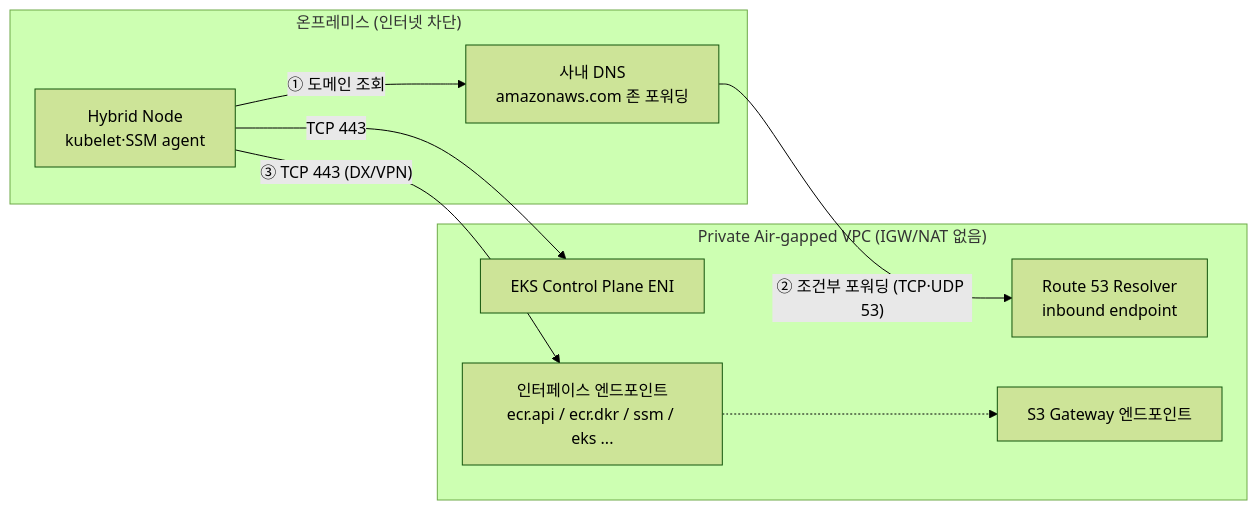
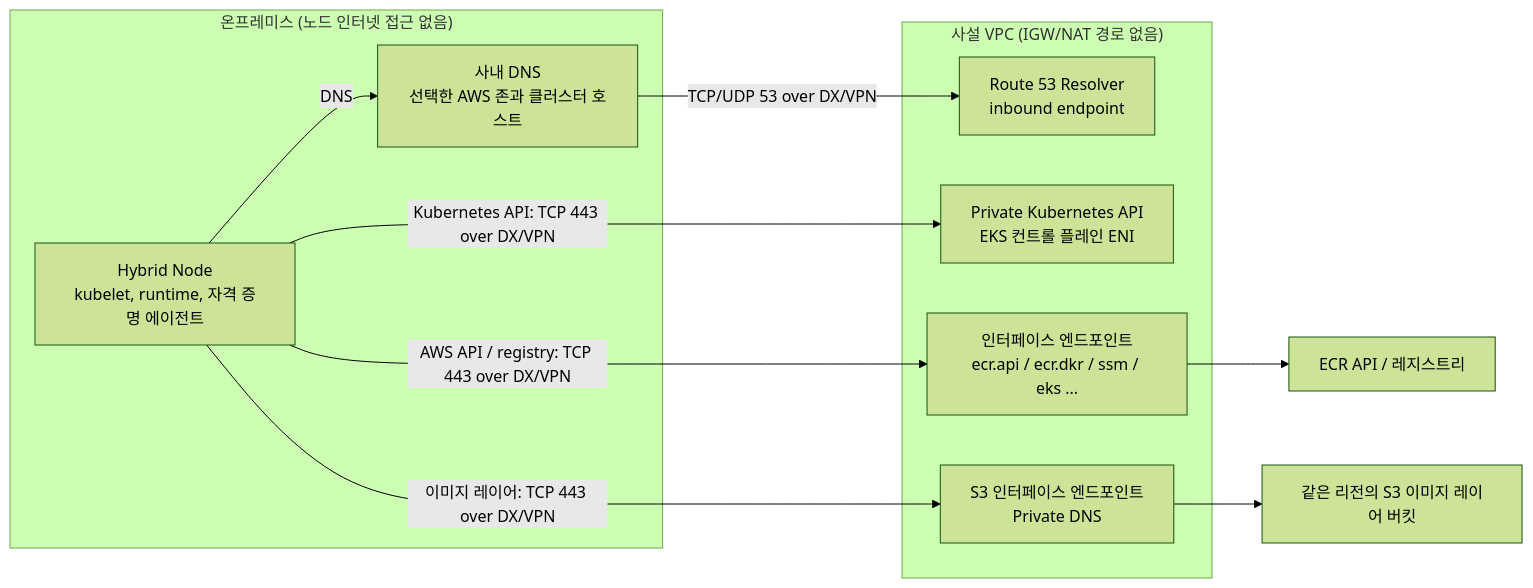
The diagram in docs/eks-hybrid-nodes/networking/private-vpc-endpoints.md (devfloor9/engineering-playbook), drawn with Mermaid (forest theme) before and after one commit. The commit also changed other lines of this file and 3 other files, not shown here.

First line of the commit message:
Correct private endpoint paths for EKS Hybrid Nodes

````diff
--- a/docs/eks-hybrid-nodes/networking/private-vpc-endpoints.md
+++ b/docs/eks-hybrid-nodes/networking/private-vpc-endpoints.md
@@ -93,18 +128,22 @@
 ```mermaid
 flowchart LR
-    subgraph ONPREM["온프레미스 (인터넷 차단)"]
-        HN["Hybrid Node<br/>kubelet·SSM agent"]
-        DNS["사내 DNS<br/>amazonaws.com 존 포워딩"]
+    subgraph ONPREM["온프레미스 (노드 인터넷 접근 없음)"]
+        HN["Hybrid Node<br/>kubelet, runtime, 자격 증명 에이전트"]
+        DNS["사내 DNS<br/>선택한 AWS 존과 클러스터 호스트"]
     end
-    subgraph VPC["Private Air-gapped VPC (IGW/NAT 없음)"]
+    subgraph VPC["사설 VPC (IGW/NAT 경로 없음)"]
         RIN["Route 53 Resolver<br/>inbound endpoint"]
-        ENI["EKS Control Plane ENI"]
+        ENI["Private Kubernetes API<br/>EKS 컨트롤 플레인 ENI"]
         VPCE["인터페이스 엔드포인트<br/>ecr.api / ecr.dkr / ssm / eks ..."]
-        S3GW["S3 Gateway 엔드포인트"]
+        S3IF["S3 인터페이스 엔드포인트<br/>Private DNS"]
     end
-    HN -- "① 도메인 조회" --> DNS
-    DNS -- "② 조건부 포워딩 (TCP·UDP 53)" --> RIN
-    HN -- "③ TCP 443 (DX/VPN)" --> VPCE
-    HN -- "TCP 443" --> ENI
-    VPCE -.-> S3GW
+    ECR["ECR API / 레지스트리"]
+    S3["같은 리전의 S3 이미지 레이어 버킷"]
+    HN -- "DNS" --> DNS
+    DNS -- "TCP/UDP 53 over DX/VPN" --> RIN
+    HN -- "Kubernetes API: TCP 443 over DX/VPN" --> ENI
+    HN -- "AWS API / registry: TCP 443 over DX/VPN" --> VPCE
+    VPCE --> ECR
+    HN -- "이미지 레이어: TCP 443 over DX/VPN" --> S3IF
+    S3IF --> S3
 ```
````
